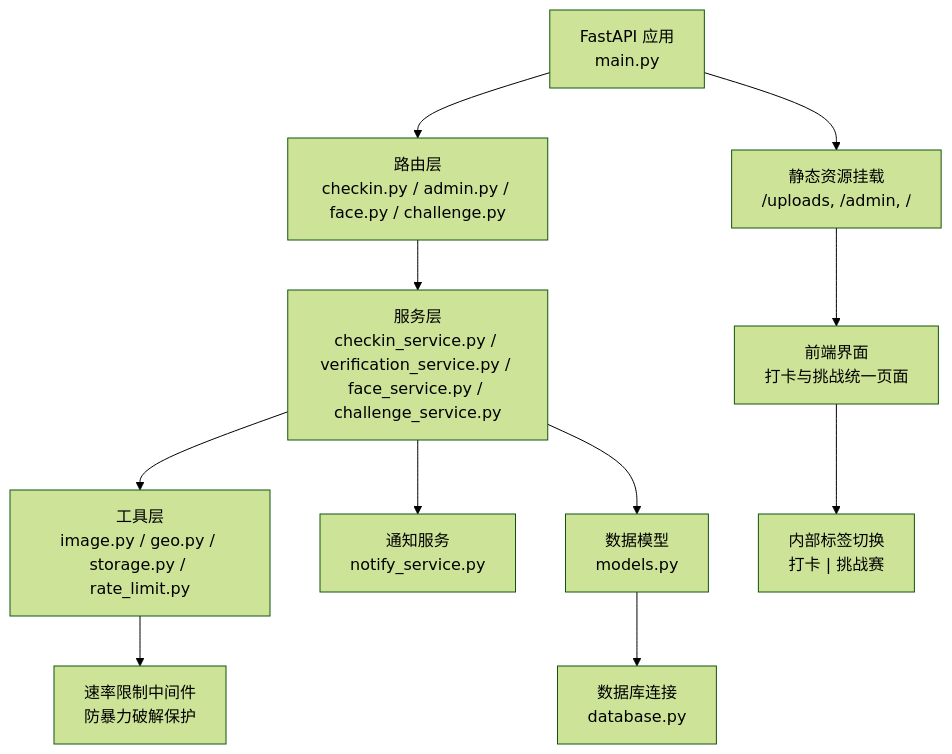
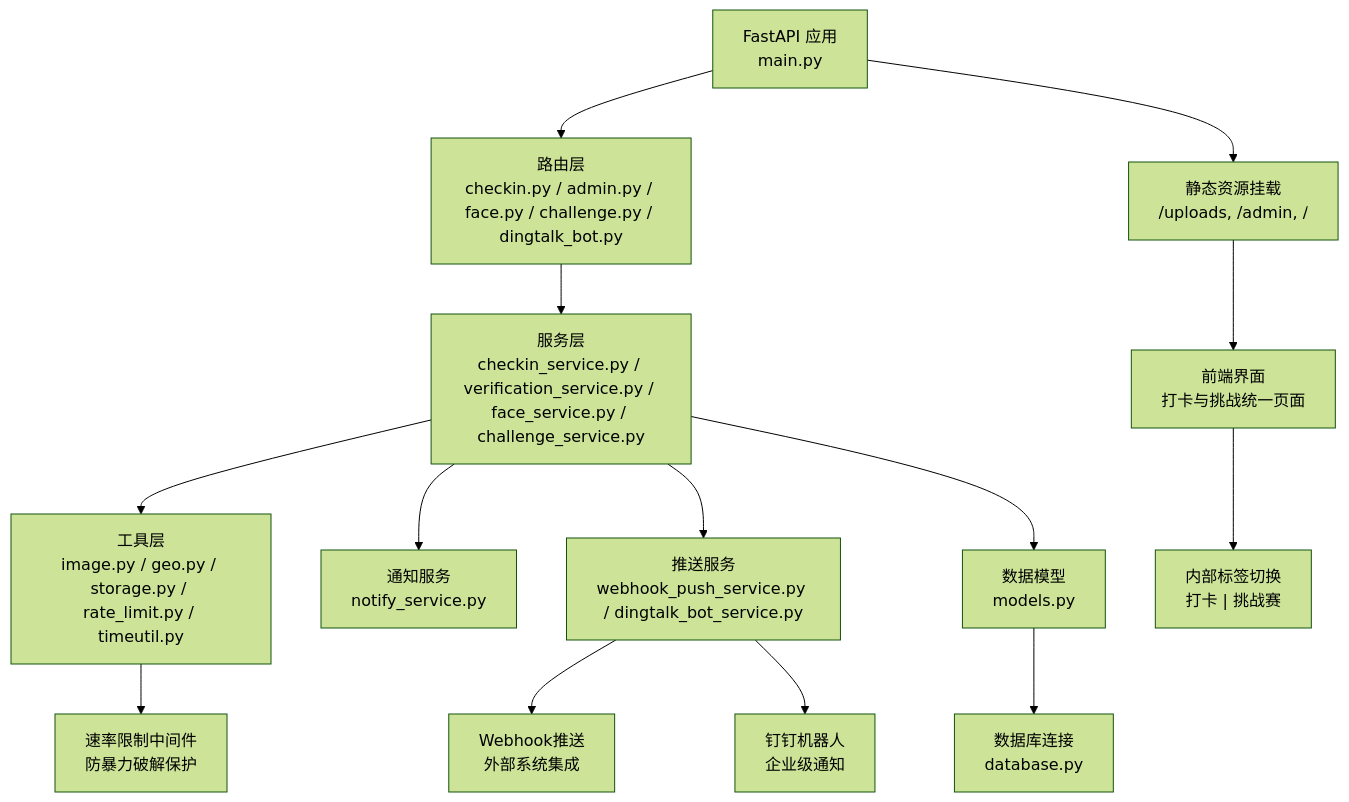
Before and after one commit to onebody/homework: the first of 12 diagrams in .qoder/repowiki/zh/content/暑假作业打卡系统/核心业务功能/打卡管理系统.md, drawn with Mermaid (forest theme). The commit also changed other lines of this file and 16 other files, not shown here.

````diff
--- a/.qoder/repowiki/zh/content/暑假作业打卡系统/核心业务功能/打卡管理系统.md
+++ b/.qoder/repowiki/zh/content/暑假作业打卡系统/核心业务功能/打卡管理系统.md
@@ -51,13 +55,16 @@
 ```mermaid
 graph TB
-A["FastAPI 应用<br/>main.py"] --> B["路由层<br/>checkin.py / admin.py / face.py / challenge.py"]
+A["FastAPI 应用<br/>main.py"] --> B["路由层<br/>checkin.py / admin.py / face.py / challenge.py / dingtalk_bot.py"]
 B --> C["服务层<br/>checkin_service.py / verification_service.py / face_service.py / challenge_service.py"]
-C --> D["工具层<br/>image.py / geo.py / storage.py / rate_limit.py"]
+C --> D["工具层<br/>image.py / geo.py / storage.py / rate_limit.py / timeutil.py"]
 C --> E["通知服务<br/>notify_service.py"]
-C --> F["数据模型<br/>models.py"]
-F --> G["数据库连接<br/>database.py"]
-A --> H["静态资源挂载<br/>/uploads, /admin, /"]
-H --> I["前端界面<br/>打卡与挑战统一页面"]
-I --> J["内部标签切换<br/>打卡 | 挑战赛"]
-D --> K["速率限制中间件<br/>防暴力破解保护"]
+C --> F["推送服务<br/>webhook_push_service.py / dingtalk_bot_service.py"]
+C --> G["数据模型<br/>models.py"]
+G --> H["数据库连接<br/>database.py"]
+A --> I["静态资源挂载<br/>/uploads, /admin, /"]
+I --> J["前端界面<br/>打卡与挑战统一页面"]
+J --> K["内部标签切换<br/>打卡 | 挑战赛"]
+D --> L["速率限制中间件<br/>防暴力破解保护"]
+F --> M["Webhook推送<br/>外部系统集成"]
+F --> N["钉钉机器人<br/>企业级通知"]
 ```
````
